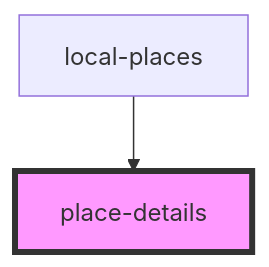
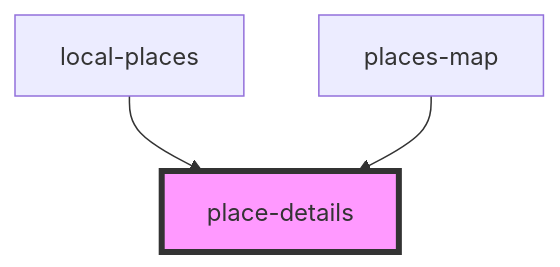
One commit to mjwsteenbergen/places changed the diagram in place-components/src/components/place-details/readme.md. Above: the diagram before and after it, drawn with Mermaid. The commit also changed other lines of this file and 6 other files, not shown here.

````diff
--- a/place-components/src/components/place-details/readme.md
+++ b/place-components/src/components/place-details/readme.md
@@ -30,5 +31,6 @@
 ```mermaid
 graph TD;
   local-places --> place-details
+  places-map --> place-details
   style place-details fill:#f9f,stroke:#333,stroke-width:4px
 ```
````
